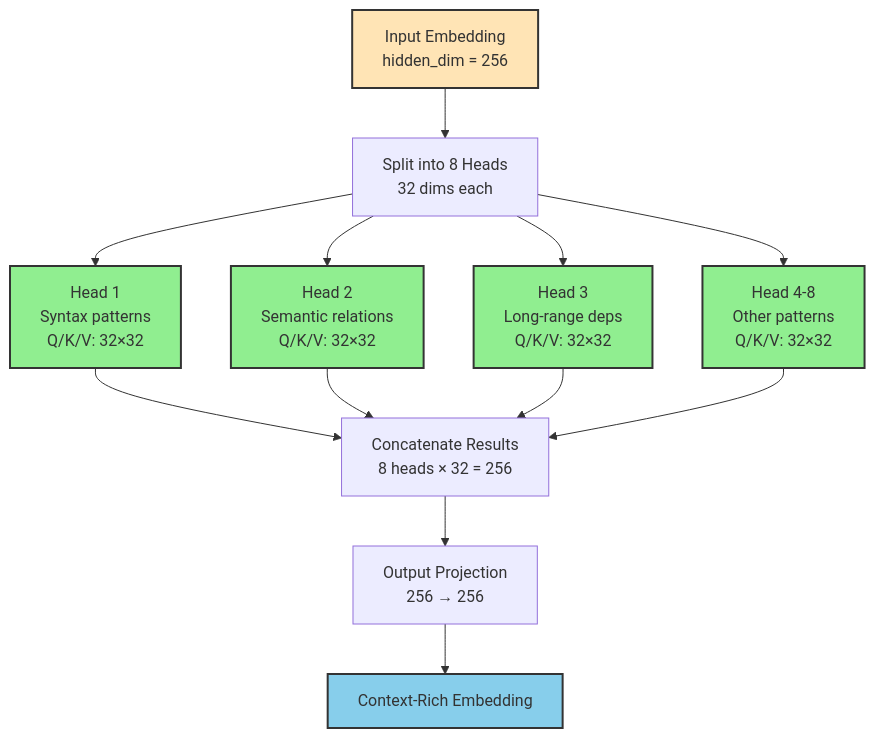
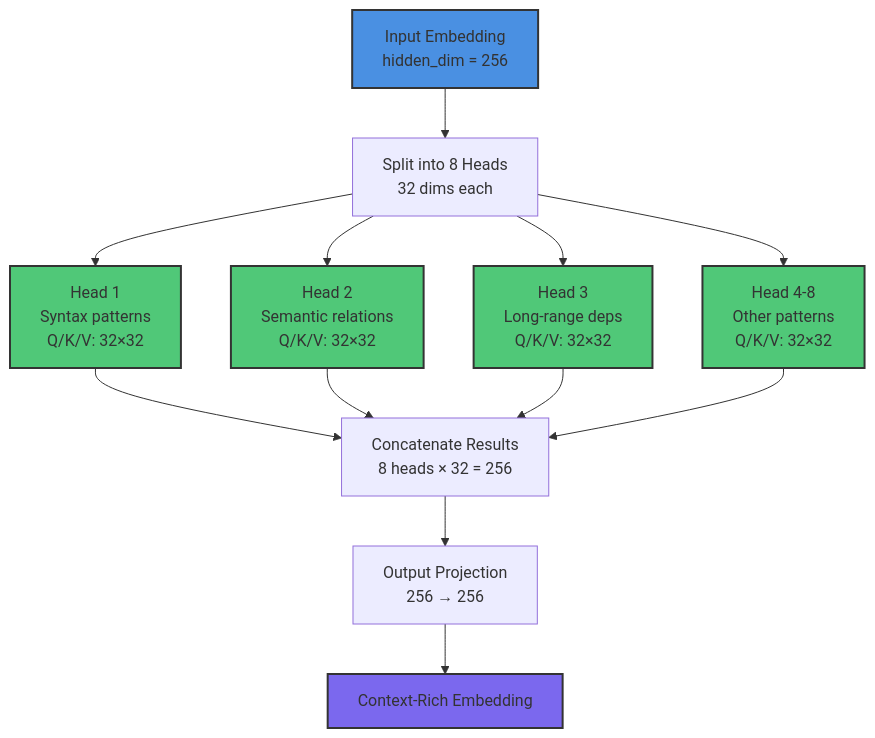
The fifth of 13 diagrams in content/lessons/ct7-architecture-basics.md (tenstorrent/tt-vscode-toolkit), drawn with Mermaid before and after one commit. The commit also changed other lines of this file and 9 other files, not shown here.

````diff
--- a/content/lessons/ct7-architecture-basics.md
+++ b/content/lessons/ct7-architecture-basics.md
@@ -269,24 +269,24 @@
 ```mermaid
 graph TD
     A[Input Embedding<br/>hidden_dim = 256] --> B[Split into 8 Heads<br/>32 dims each]
 
     B --> H1[Head 1<br/>Syntax patterns<br/>Q/K/V: 32×32]
     B --> H2[Head 2<br/>Semantic relations<br/>Q/K/V: 32×32]
     B --> H3[Head 3<br/>Long-range deps<br/>Q/K/V: 32×32]
     B --> H4[Head 4-8<br/>Other patterns<br/>Q/K/V: 32×32]
 
     H1 --> C[Concatenate Results<br/>8 heads × 32 = 256]
     H2 --> C
     H3 --> C
     H4 --> C
 
     C --> D[Output Projection<br/>256 → 256]
     D --> E[Context-Rich Embedding]
 
-    style A fill:#FFE4B5,stroke:#333,stroke-width:2px
-    style E fill:#87CEEB,stroke:#333,stroke-width:2px
-    style H1 fill:#90EE90,stroke:#333,stroke-width:2px
-    style H2 fill:#90EE90,stroke:#333,stroke-width:2px
-    style H3 fill:#90EE90,stroke:#333,stroke-width:2px
-    style H4 fill:#90EE90,stroke:#333,stroke-width:2px
+    style A fill:#4A90E2,stroke:#333,stroke-width:2px
+    style E fill:#7B68EE,stroke:#333,stroke-width:2px
+    style H1 fill:#50C878,stroke:#333,stroke-width:2px
+    style H2 fill:#50C878,stroke:#333,stroke-width:2px
+    style H3 fill:#50C878,stroke:#333,stroke-width:2px
+    style H4 fill:#50C878,stroke:#333,stroke-width:2px
 ```
````
